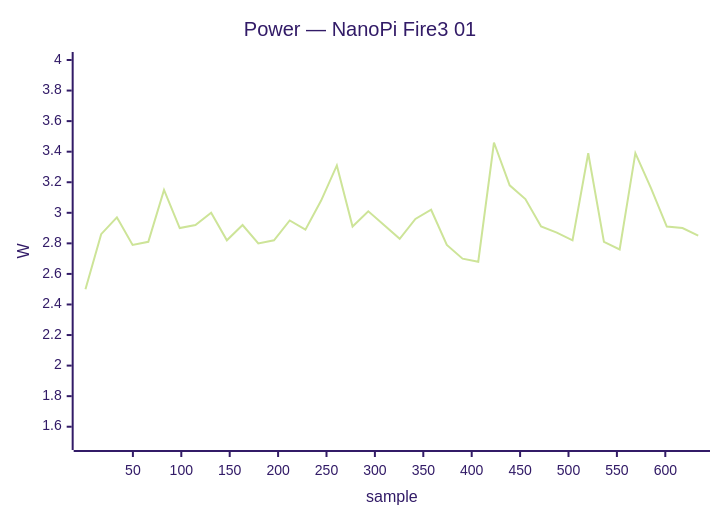
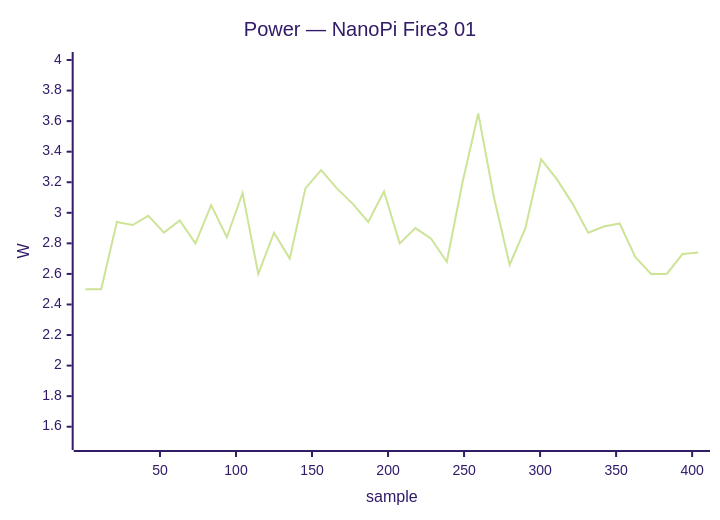
Diagram 20 of 41 in docs/status/board-tests.md (armbian/documentation), drawn with Mermaid (forest theme) before and after one commit. The commit also changed other lines of this file, not shown here.

````diff
--- a/docs/status/board-tests.md
+++ b/docs/status/board-tests.md
@@ -772,7 +837,7 @@
 ```mermaid
 xychart-beta
     title "Power — NanoPi Fire3 01"
-    x-axis "sample" 1 --> 634
+    x-axis "sample" 1 --> 404
     y-axis "W" 1.5 --> 4.0
-    line [2.50, 2.86, 2.97, 2.79, 2.81, 3.15, 2.90, 2.92, 3.00, 2.82, 2.92, 2.80, 2.82, 2.95, 2.89, 3.08, 3.31, 2.91, 3.01, 2.92, 2.83, 2.96, 3.02, 2.79, 2.70, 2.68, 3.46, 3.18, 3.09, 2.91, 2.87, 2.82, 3.39, 2.81, 2.76, 3.39, 3.16, 2.91, 2.90, 2.85]
+    line [2.50, 2.50, 2.94, 2.92, 2.98, 2.87, 2.95, 2.80, 3.05, 2.84, 3.13, 2.60, 2.87, 2.70, 3.16, 3.28, 3.16, 3.06, 2.94, 3.14, 2.80, 2.90, 2.83, 2.68, 3.20, 3.65, 3.10, 2.66, 2.90, 3.35, 3.22, 3.06, 2.87, 2.91, 2.93, 2.71, 2.60, 2.60, 2.73, 2.74]
 ```
````
